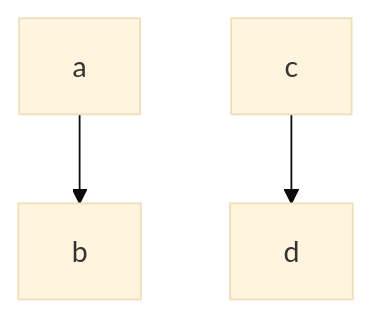
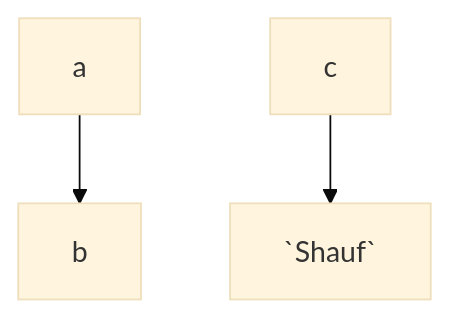
The diagram in .swm/mermaid-117.ya2b9oss.sw.md (swimmio/csharp-shaul-test), drawn with Mermaid (base theme) before and after one commit. The commit also changed other lines of this file, not shown here.

Commit message:
docs(swimm): update doc: "Mermaid 1.17"

````diff
--- a/.swm/mermaid-117.ya2b9oss.sw.md
+++ b/.swm/mermaid-117.ya2b9oss.sw.md
@@ -9,5 +9,7 @@
 ```mermaid
 graph TD
+
 a --> b
-c -->d
+
+c --> `Shauf`
 ```
````
